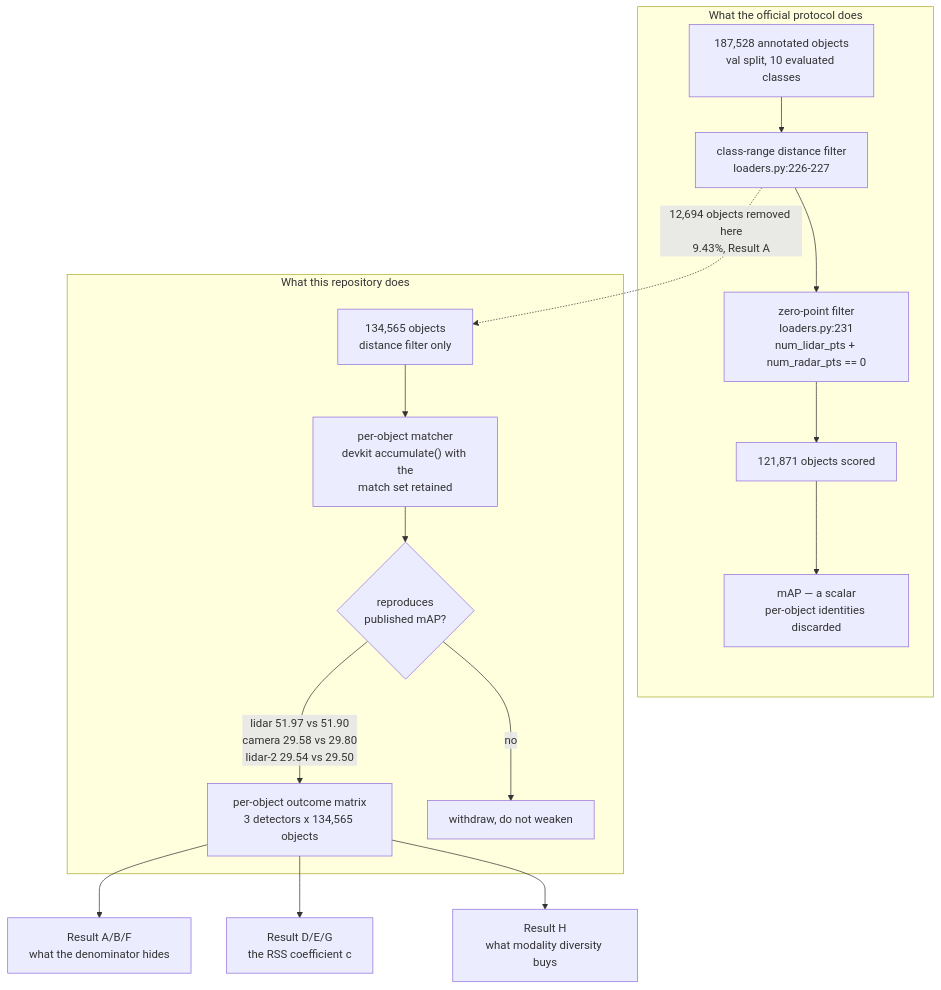
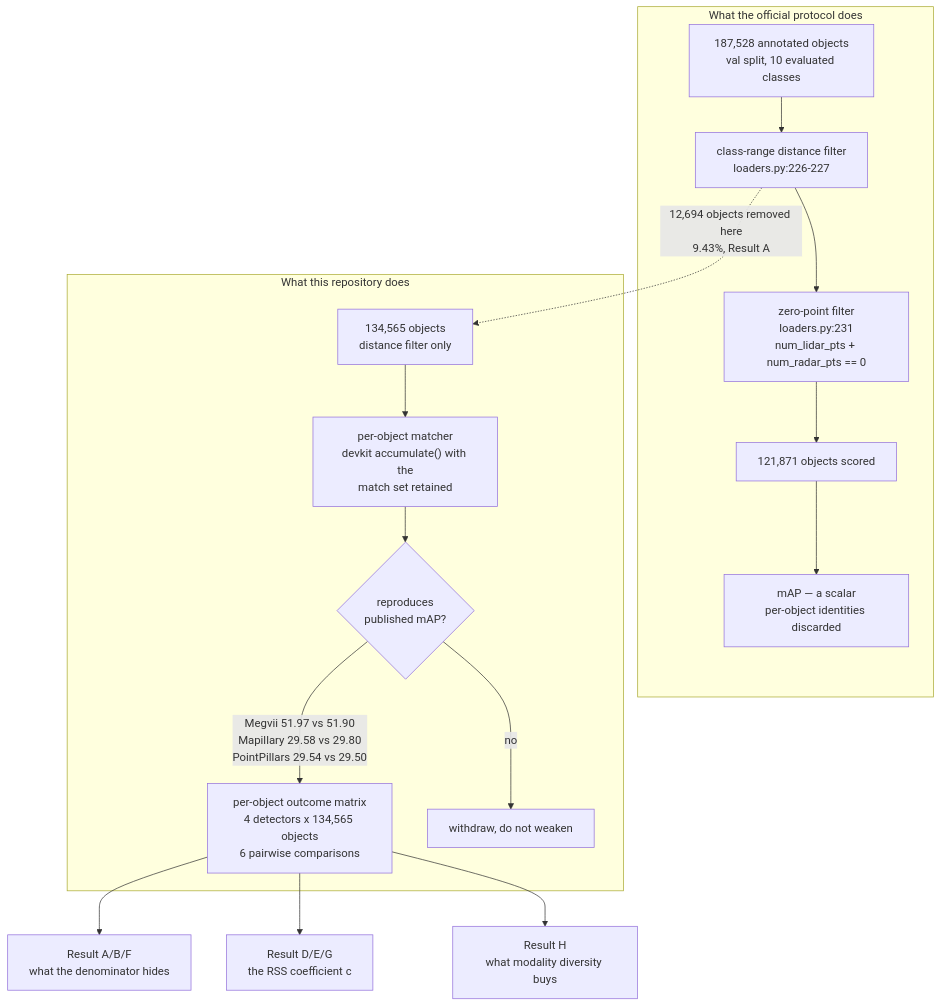
The diagram in README.md (manfromnowhere143/reiyah-measure), drawn with Mermaid before and after one commit. The commit also changed other lines of this file, not shown here.

First line of the commit message:
Diagram and open-items reflect four detectors and the real remaining gap

````diff
--- a/README.md
+++ b/README.md
@@ -40,26 +40,26 @@
 ```mermaid
 flowchart TB
   subgraph OFFICIAL["What the official protocol does"]
     GT["187,528 annotated objects<br/>val split, 10 evaluated classes"]
     DF["class-range distance filter<br/>loaders.py:226-227"]
     PF["zero-point filter<br/>loaders.py:231<br/>num_lidar_pts + num_radar_pts == 0"]
     EV["121,871 objects scored"]
     MAP["mAP — a scalar<br/>per-object identities discarded"]
     GT --> DF --> PF --> EV --> MAP
   end
 
   subgraph OURS["What this repository does"]
     FULL["134,565 objects<br/>distance filter only"]
     M["per-object matcher<br/>devkit accumulate() with the<br/>match set retained"]
     V{"reproduces<br/>published mAP?"}
-    MATRIX["per-object outcome matrix<br/>3 detectors x 134,565 objects"]
+    MATRIX["per-object outcome matrix<br/>4 detectors x 134,565 objects<br/>6 pairwise comparisons"]
     FULL --> M --> V
-    V -->|"lidar 51.97 vs 51.90<br/>camera 29.58 vs 29.80<br/>lidar-2 29.54 vs 29.50"| MATRIX
+    V -->|"Megvii 51.97 vs 51.90<br/>Mapillary 29.58 vs 29.80<br/>PointPillars 29.54 vs 29.50"| MATRIX
     V -->|no| STOP["withdraw, do not weaken"]
   end
 
   DF -.->|"12,694 objects removed here<br/>9.43%, Result A"| FULL
   MATRIX --> RA["Result A/B/F<br/>what the denominator hides"]
   MATRIX --> RD["Result D/E/G<br/>the RSS coefficient c"]
   MATRIX --> RH["Result H<br/>what modality diversity buys"]
 ```
````
